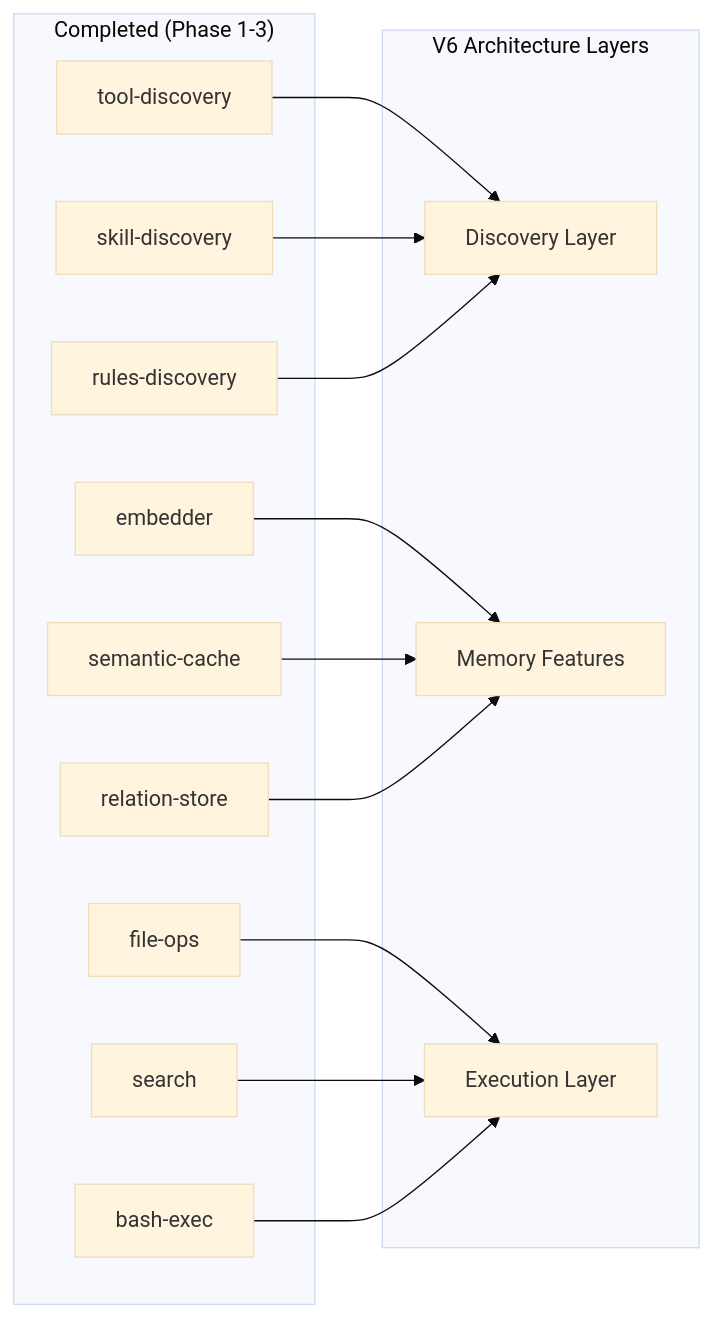
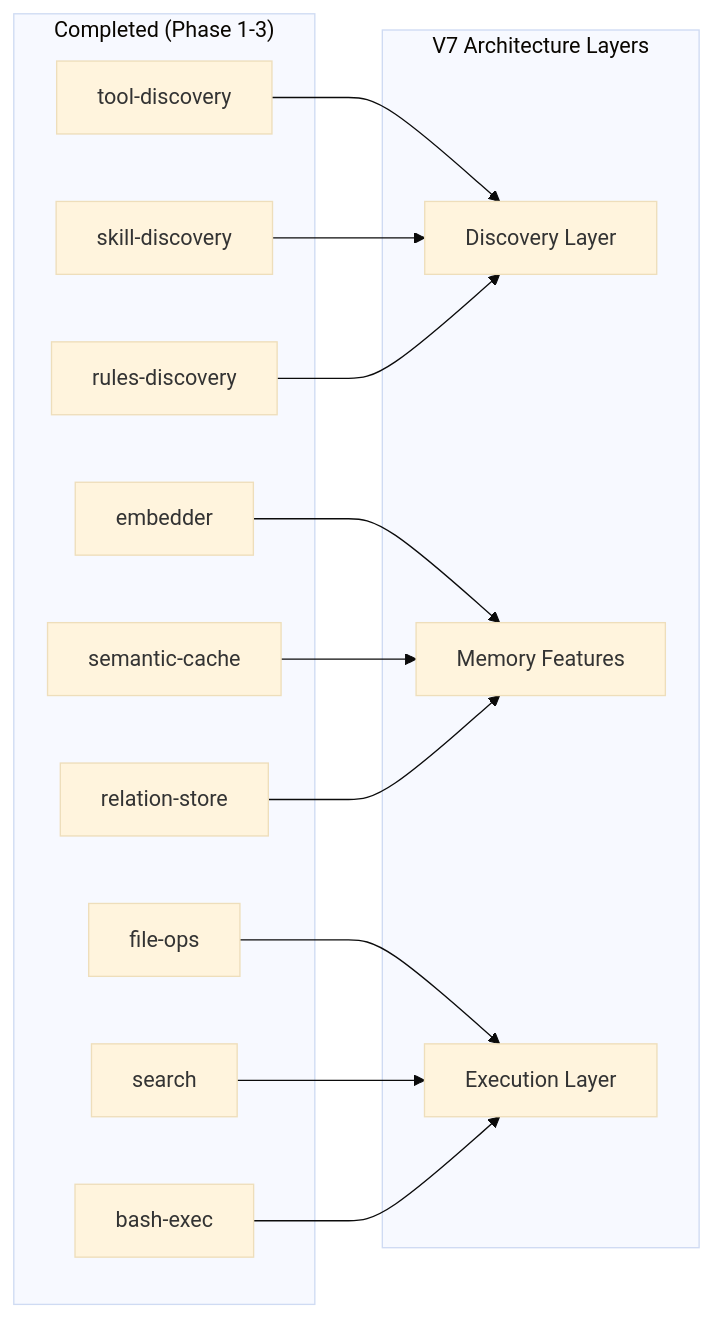
One commit to plaited/plaited changed the seventh of 11 diagrams in PLAITED-AGENT-PLAN.md. Above: the diagram before and after it, drawn with Mermaid (base theme). The commit also changed other lines of this file, not shown here.

Commit message:
fix(agent): update V6 references to V7 in architecture diagram

````diff
--- a/PLAITED-AGENT-PLAN.md
+++ b/PLAITED-AGENT-PLAN.md
@@ -553,30 +553,30 @@
 ```mermaid
 flowchart LR
     subgraph Completed["Completed (Phase 1-3)"]
         TD[tool-discovery]
         SD[skill-discovery]
         RD[rules-discovery]
         EM[embedder]
         SC[semantic-cache]
         RS[relation-store]
         FO[file-ops]
         SE[search]
         BA[bash-exec]
     end
 
-    subgraph V6Layers["V6 Architecture Layers"]
+    subgraph V7Layers["V7 Architecture Layers"]
         Disc["Discovery Layer"]
         Mem["Memory Features"]
         Exec["Execution Layer"]
     end
 
     TD --> Disc
     SD --> Disc
     RD --> Disc
     EM --> Mem
     SC --> Mem
     RS --> Mem
     FO --> Exec
     SE --> Exec
     BA --> Exec
 ```
````
